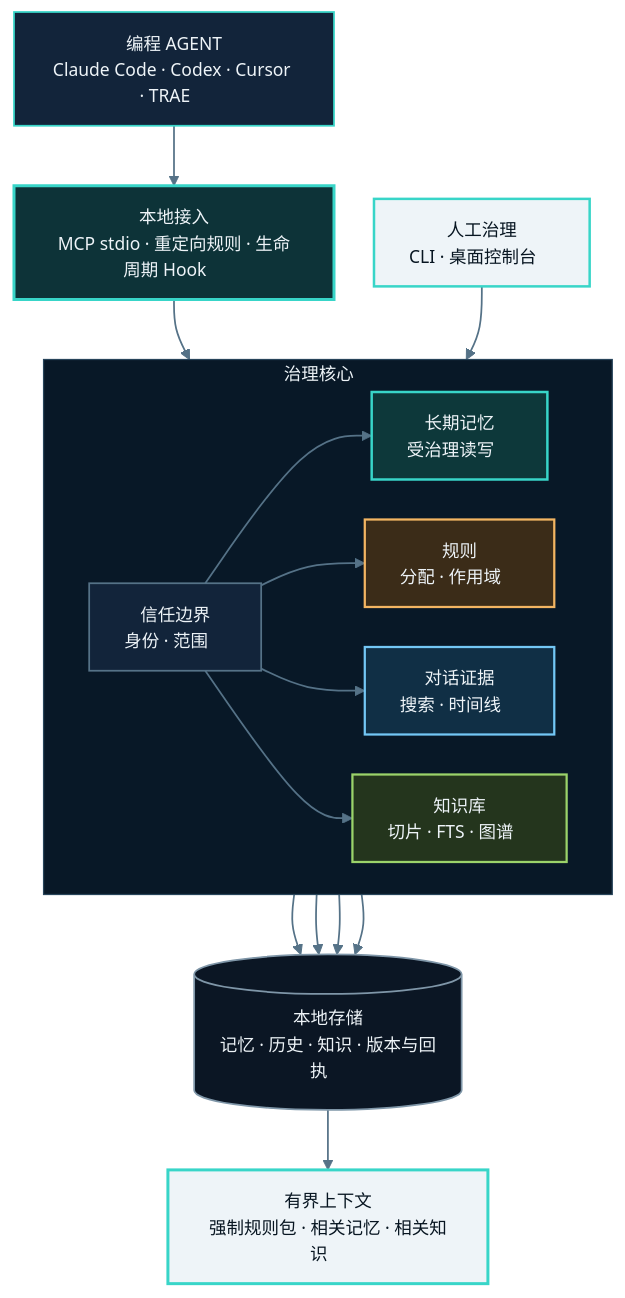
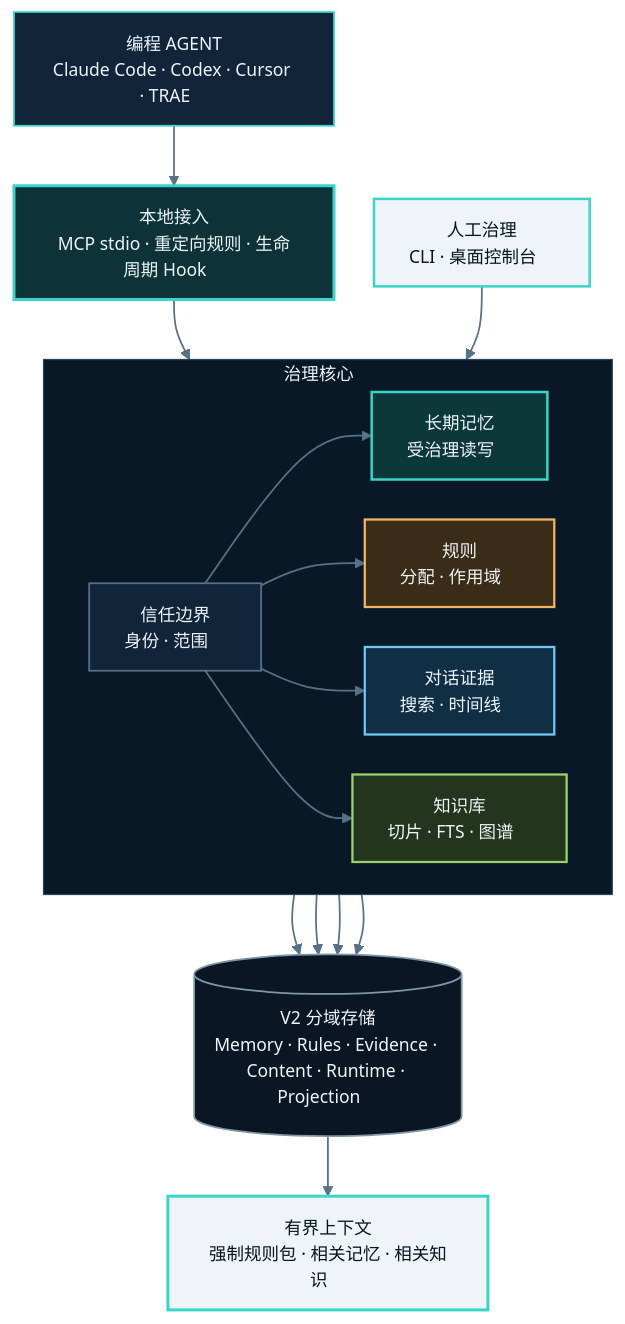
The diagram in README.zh-CN.md (irisxc4/memoryguard), drawn with Mermaid before and after one commit. The commit also changed other lines of this file and 192 other files, not shown here.

````diff
--- a/README.zh-CN.md
+++ b/README.zh-CN.md
@@ -59,44 +60,44 @@
 ```mermaid
 %%{init: {"theme":"base","themeVariables":{"background":"#071521","fontFamily":"Arial, sans-serif","fontSize":"14px","primaryTextColor":"#EEF4F8","lineColor":"#557287","edgeLabelBackground":"#071521","clusterBkg":"#0A1A29","clusterBorder":"#27445A"},"flowchart":{"htmlLabels":true,"curve":"basis","nodeSpacing":32,"rankSpacing":48,"padding":14}}}%%
 flowchart TB
     Hosts["编程 AGENT<br/>Claude Code · Codex · Cursor · TRAE&nbsp;&nbsp;&nbsp;&nbsp;"]:::host
     Gateway["本地接入<br/>MCP stdio · 重定向规则 · 生命周期 Hook&nbsp;&nbsp;&nbsp;&nbsp;"]:::gateway
 
     subgraph Core["治理核心&nbsp;&nbsp;&nbsp;&nbsp;"]
         direction LR
         Identity["信任边界<br/>身份 · 范围&nbsp;&nbsp;&nbsp;&nbsp;"]:::core
         MemoryAPI["长期记忆<br/>受治理读写&nbsp;&nbsp;&nbsp;&nbsp;"]:::active
         Rules["规则<br/>分配 · 作用域&nbsp;&nbsp;&nbsp;&nbsp;"]:::rule
         HistoryAPI["对话证据<br/>搜索 · 时间线&nbsp;&nbsp;&nbsp;&nbsp;"]:::history
         Knowledge["知识库<br/>切片 · FTS · 图谱&nbsp;&nbsp;&nbsp;&nbsp;"]:::knowledge
         Identity --> MemoryAPI
         Identity --> Rules
         Identity --> HistoryAPI
         Identity --> Knowledge
     end
 
-    Stores[("本地存储<br/>记忆 · 历史 · 知识 · 版本与回执&nbsp;&nbsp;&nbsp;&nbsp;")]:::store
+    Stores[("V2 分域存储<br/>Memory · Rules · Evidence · Content · Runtime · Projection&nbsp;&nbsp;&nbsp;&nbsp;")]:::store
     Bootstrap["有界上下文<br/>强制规则包 · 相关记忆 · 相关知识&nbsp;&nbsp;&nbsp;&nbsp;"]:::bootstrap
     Control["人工治理<br/>CLI · 桌面控制台&nbsp;&nbsp;&nbsp;&nbsp;"]:::surface
 
     Hosts --> Gateway --> Identity
     MemoryAPI --> Stores
     Rules --> Stores
     HistoryAPI --> Stores
     Knowledge --> Stores
     Stores --> Bootstrap
     Control --> Identity
 
     classDef host fill:#12243A,stroke:#38D5C8,color:#EEF4F8,stroke-width:1.4px;
     classDef gateway fill:#0D3338,stroke:#38D5C8,color:#EEF4F8,stroke-width:2.4px;
     classDef core fill:#12243A,stroke:#557287,color:#EEF4F8,stroke-width:1.4px;
     classDef active fill:#0D383A,stroke:#38D5C8,color:#EEF4F8,stroke-width:2px;
     classDef rule fill:#3B2C18,stroke:#F3B562,color:#EEF4F8,stroke-width:1.8px;
     classDef history fill:#102F45,stroke:#73C7F5,color:#EEF4F8,stroke-width:1.8px;
     classDef knowledge fill:#24351D,stroke:#9BD36A,color:#EEF4F8,stroke-width:1.8px;
     classDef store fill:#0B1624,stroke:#7F96A8,color:#EEF4F8,stroke-width:1.4px;
     classDef bootstrap fill:#EEF4F8,stroke:#38D5C8,color:#071521,stroke-width:2.4px;
     classDef surface fill:#EEF4F8,stroke:#38D5C8,color:#071521,stroke-width:2px;
     style Core fill:#081827,stroke:#27445A,stroke-width:1px,color:#EEF4F8
     linkStyle default stroke:#557287,stroke-width:1.4px;
 ```
````
